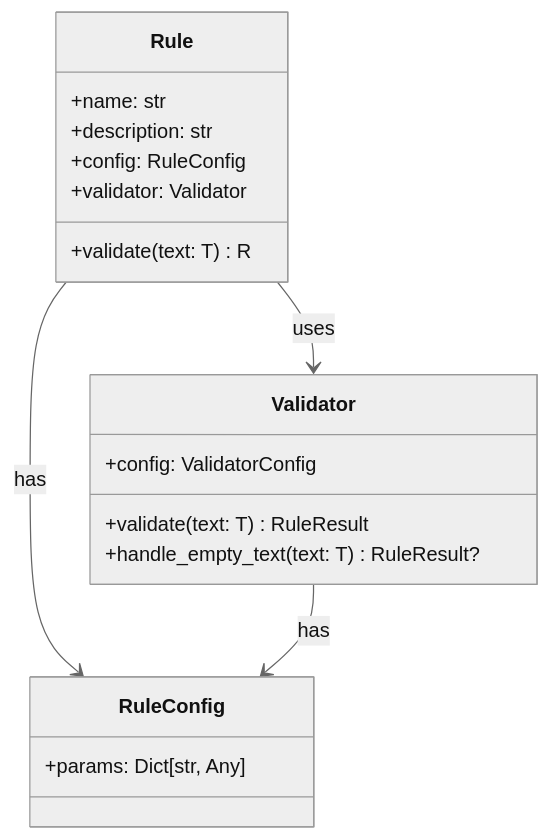
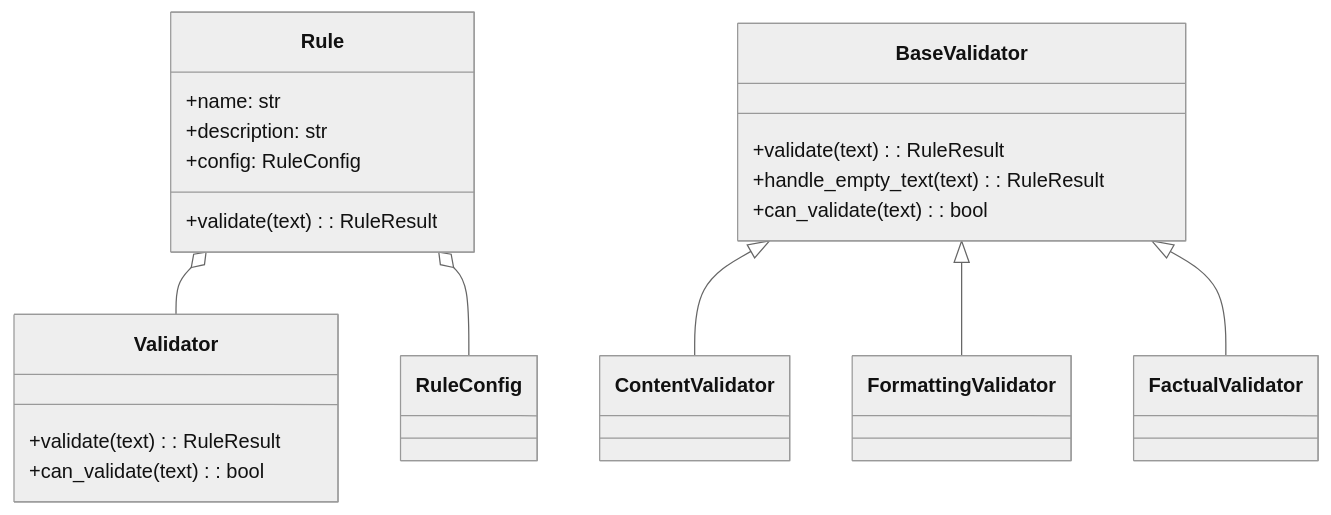
The third of 9 diagrams in docs/architecture/diagrams/component_relationships.md (sifaka-ai/sifaka), drawn with Mermaid (neutral theme) before and after one commit. The commit also changed other lines of this file and 12 other files, not shown here.

````diff
--- a/docs/architecture/diagrams/component_relationships.md
+++ b/docs/architecture/diagrams/component_relationships.md
@@ -75,24 +73,26 @@
 ```mermaid
 classDiagram
+    Rule o-- Validator
+    Rule o-- RuleConfig
+    BaseValidator <|-- ContentValidator
+    BaseValidator <|-- FormattingValidator
+    BaseValidator <|-- FactualValidator
+
     class Rule {
         +name: str
         +description: str
         +config: RuleConfig
-        +validator: Validator
-        +validate(text: T) R
+        +validate(text): RuleResult
     }
 
     class Validator {
-        +config: ValidatorConfig
-        +validate(text: T) RuleResult
-        +handle_empty_text(text: T) RuleResult?
+        +validate(text): RuleResult
+        +can_validate(text): bool
     }
 
-    class RuleConfig {
-        +params: Dict[str, Any]
+    class BaseValidator {
+        +validate(text): RuleResult
+        +handle_empty_text(text): RuleResult
+        +can_validate(text): bool
     }
-
-    Rule --> Validator: uses
-    Rule --> RuleConfig: has
-    Validator --> RuleConfig: has
 ```
````
